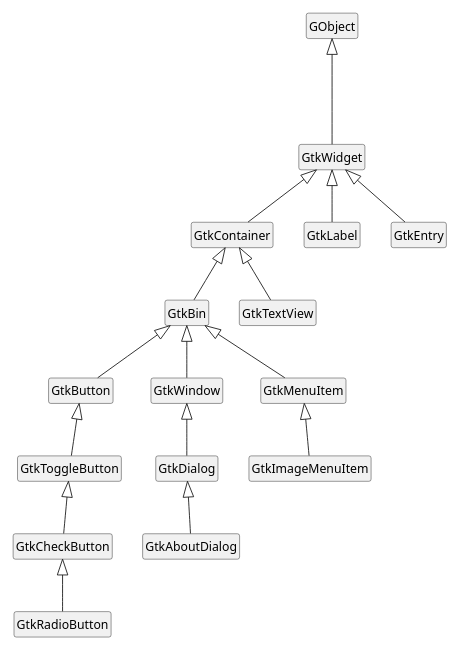
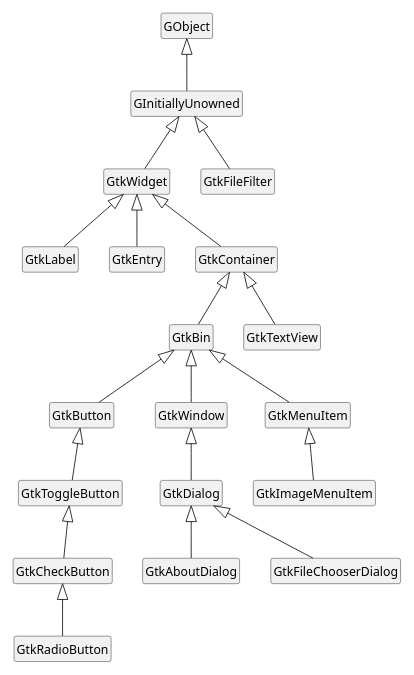
Before and after one commit to MARTIMM/gtk-v3: the first of 3 diagrams in doc/Design.md, drawn with PlantUML. The commit also changed other lines of this file and 2 other files, not shown here.

````diff
--- a/doc/Design.md
+++ b/doc/Design.md
@@ -6,64 +6,37 @@
 ```plantuml
 scale 0.7
 hide members
 hide circle
 
 'class Gui
 'class GSignal
 'GSignal <|-- GtkWidget
 'X <-* Gui
 
 
-class GObject
-
-class GtkWidget
-
-class GtkBin
-class GtkContainer
-class GtkTextView
-
-class GtkLabel
-
-class GtkButton
-class GtkToggleButton
-class GtkCheckButton
-class GtkRadioButton
-
-class GtkWindow
-class GtkDialog
-class GtkAboutDialog
-
 GtkBin <|-- GtkButton
 GtkButton <|-- GtkToggleButton
 GtkToggleButton <|-- GtkCheckButton
 GtkCheckButton <|-- GtkRadioButton
 
 GtkBin <|-- GtkWindow
 GtkWindow <|-- GtkDialog
 GtkDialog <|-- GtkAboutDialog
+GtkDialog <|-- GtkFileChooserDialog
 
 GtkWidget <|-- GtkLabel
 GtkWidget <|-- GtkEntry
 
 GtkContainer <|-- GtkBin
 GtkContainer <|-- GtkTextView
 GtkWidget <|-- GtkContainer
-'GtkBin --* GtkButton
 
-'GdkScreen <---o GtkWidget
-'GdkDisplay <---o GtkWidget
-'GdkWindow <---o GtkWidget
-
-GObject <|--- GtkWidget
-'GObject <|--- GtkBuilder
-'GObject <|--- GtkTextBuffer
-'GObject <|--- GtkCssProvider
-
-'GObject <|--- GdkScreen
-'GObject <|--- GdkWindow
-'GObject <|--- GdkDisplay
+GInitiallyUnowned <|-- GtkWidget
+GObject <|-- GInitiallyUnowned
 
 GtkBin <|-- GtkMenuItem
 GtkMenuItem <|-- GtkImageMenuItem
 
+GInitiallyUnowned <|-- GtkFileFilter
+
 ```
````
